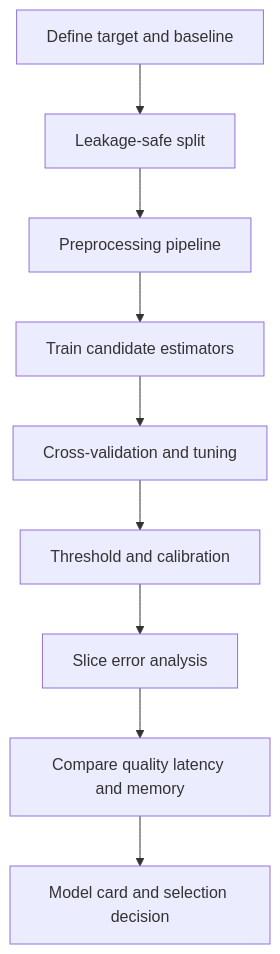
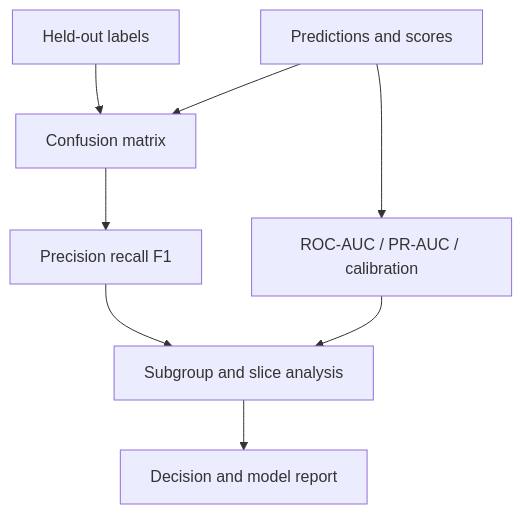
The seventh of 7 diagrams in docs/deep-dives/02-classical-machine-learning.md (ashvins1912/AI-Engineering-Academy), drawn with Mermaid before and after one commit. The commit also changed other lines of this file, not shown here.

````diff
--- a/docs/deep-dives/02-classical-machine-learning.md
+++ b/docs/deep-dives/02-classical-machine-learning.md
@@ -43,11 +209,10 @@
 ```mermaid
 flowchart TD
-  A[Define target and baseline] --> B[Leakage-safe split]
-  B --> C[Preprocessing pipeline]
-  C --> D[Train candidate estimators]
-  D --> E[Cross-validation and tuning]
-  E --> F[Threshold and calibration]
-  F --> G[Slice error analysis]
-  G --> H[Compare quality latency and memory]
-  H --> I[Model card and selection decision]
+ Y[Held-out labels] --> C[Confusion matrix]
+ P[Predictions and scores] --> C
+ C --> M[Precision recall F1]
+ P --> A[ROC-AUC / PR-AUC / calibration]
+ M --> S[Subgroup and slice analysis]
+ A --> S
+ S --> R[Decision and model report]
 ```
````
